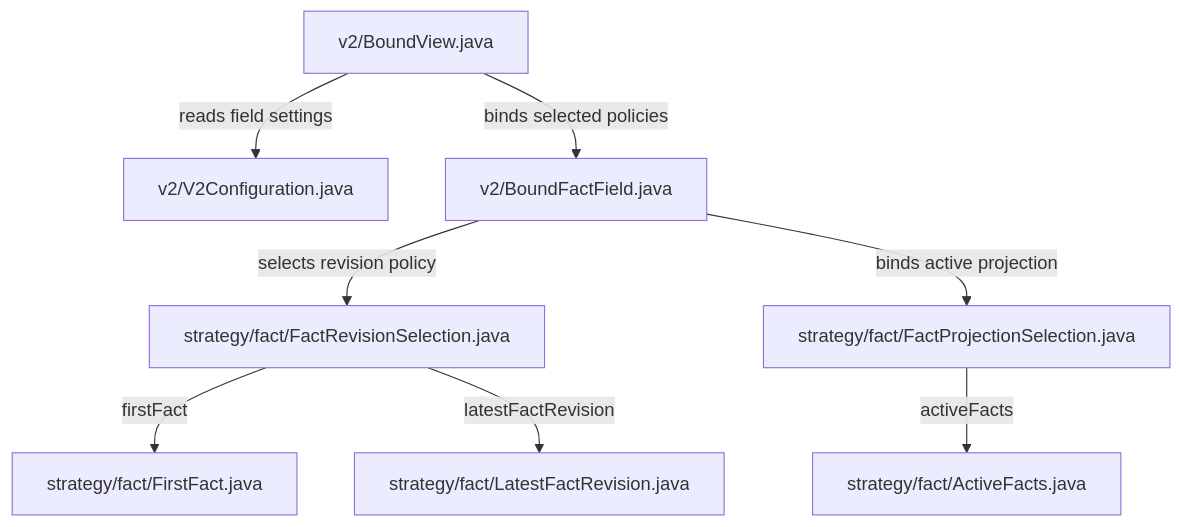
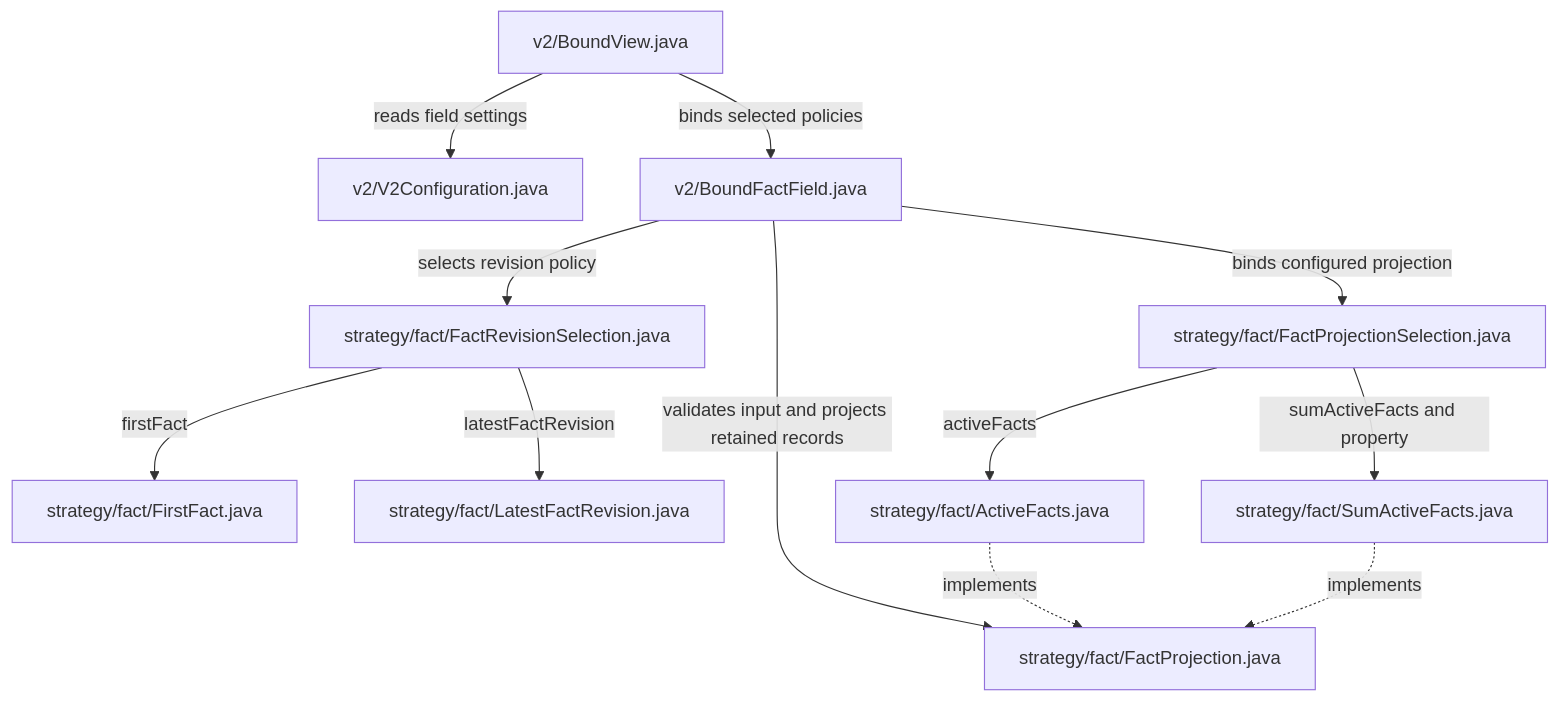
Before and after one commit to sproates/zooglass: the first of 9 diagrams in zooglass/docs/source-map.md, drawn with Mermaid. The commit also changed 19 other files, not shown here.

First line of the commit message:
Derive exact numeric totals from retained facts (#134)

````diff
--- a/zooglass/docs/source-map.md
+++ b/zooglass/docs/source-map.md
@@ -20,10 +20,14 @@
 ```mermaid
 flowchart TB
   view["v2/BoundView.java"] -->|reads field settings| config["v2/V2Configuration.java"]
   view -->|binds selected policies| bound["v2/BoundFactField.java"]
   bound -->|selects revision policy| selection["strategy/fact/FactRevisionSelection.java"]
   selection -->|firstFact| first["strategy/fact/FirstFact.java"]
   selection -->|latestFactRevision| latest["strategy/fact/LatestFactRevision.java"]
-  bound -->|binds active projection| projection["strategy/fact/FactProjectionSelection.java"]
+  bound -->|binds configured projection| projection["strategy/fact/FactProjectionSelection.java"]
   projection -->|activeFacts| active["strategy/fact/ActiveFacts.java"]
+  projection -->|sumActiveFacts and property| sum["strategy/fact/SumActiveFacts.java"]
+  bound -->|validates input and projects retained records| contract["strategy/fact/FactProjection.java"]
+  active -.->|implements| contract
+  sum -.->|implements| contract
 ```
````
